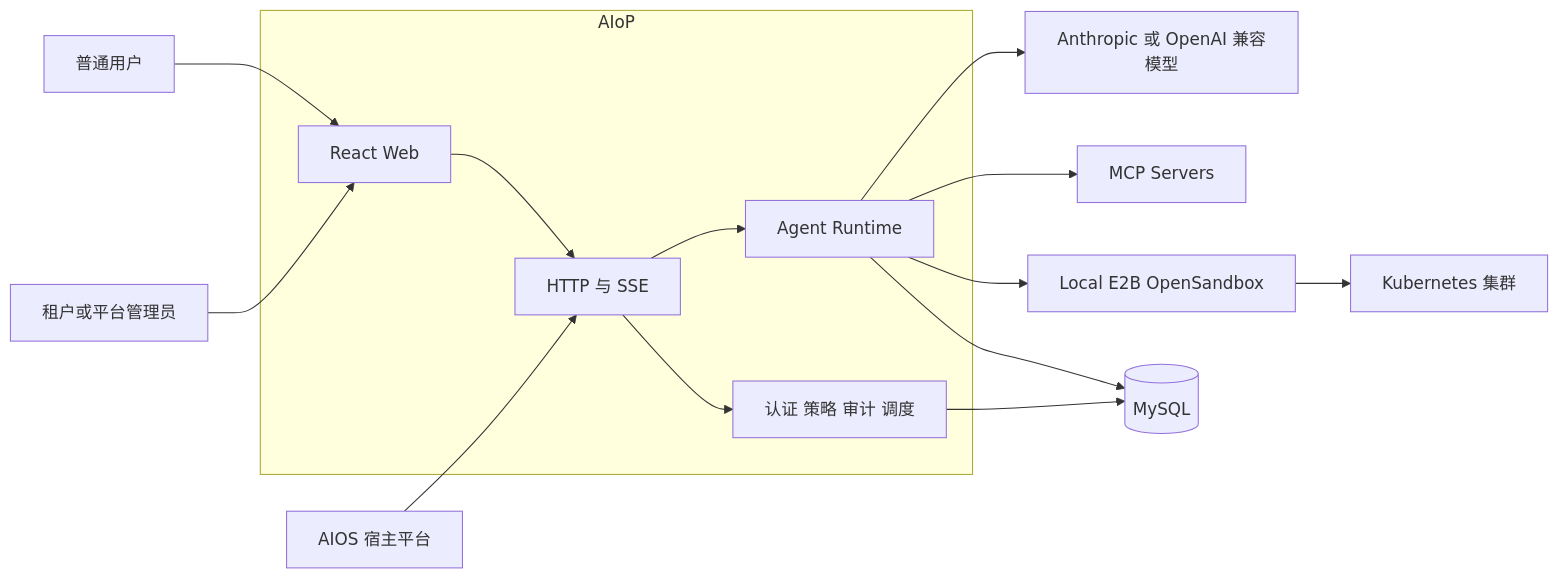
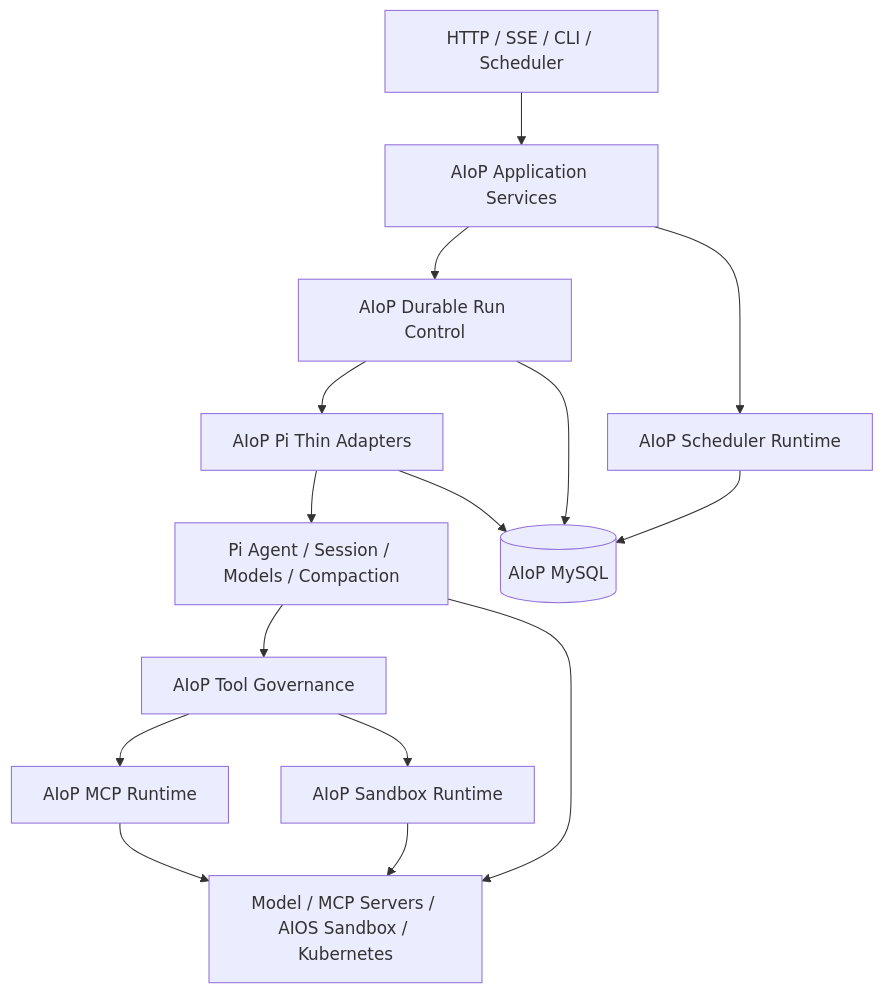
Before and after one commit to Wpxknight/agentdemo: the diagram in docs/design/01-system-overview.md, drawn with Mermaid. The commit also changed other lines of this file and 11 other files, not shown here.

Commit message:
docs: document pi first runtime architecture

````diff
--- a/docs/design/01-system-overview.md
+++ b/docs/design/01-system-overview.md
@@ -28,31 +29,28 @@
-~~~mermaid
-flowchart LR
-  User[普通用户]
-  Admin[租户或平台管理员]
-  AIOS[AIOS 宿主平台]
-  Model[Anthropic 或 OpenAI 兼容模型]
-  MCP[MCP Servers]
-  Sandbox[Local E2B OpenSandbox]
-  Cluster[Kubernetes 集群]
-  DB[(MySQL)]
+```mermaid
+flowchart TB
+  Entry[HTTP / SSE / CLI / Scheduler]
+  App[AIoP Application Services]
+  Durable[AIoP Durable Run Control]
+  PiAdapter[AIoP Pi Thin Adapters]
+  Pi[Pi Agent / Session / Models / Compaction]
+  Gov[AIoP Tool Governance]
+  MCP[AIoP MCP Runtime]
+  Sandbox[AIoP Sandbox Runtime]
+  Scheduler[AIoP Scheduler Runtime]
+  Store[(AIoP MySQL)]
+  External[Model / MCP Servers / AIOS Sandbox / Kubernetes]
 
-  subgraph AIOP[AIoP]
-    Web[React Web]
-    API[HTTP 与 SSE]
-    Runtime[Agent Runtime]
-    Control[认证 策略 审计 调度]
-  end
-
-  User --> Web
-  Admin --> Web
-  AIOS --> API
-  Web --> API
-  API --> Runtime
-  API --> Control
-  Runtime --> Model
-  Runtime --> MCP
-  Runtime --> Sandbox
-  Sandbox --> Cluster
-  Control --> DB
-  Runtime --> DB
-~~~
+  Entry --> App
+  App --> Durable
+  App --> Scheduler
+  Durable --> PiAdapter --> Pi
+  Pi --> Gov
+  Gov --> MCP
+  Gov --> Sandbox
+  Durable --> Store
+  Scheduler --> Store
+  PiAdapter --> Store
+  Pi --> External
+  MCP --> External
+  Sandbox --> External
+```
````
